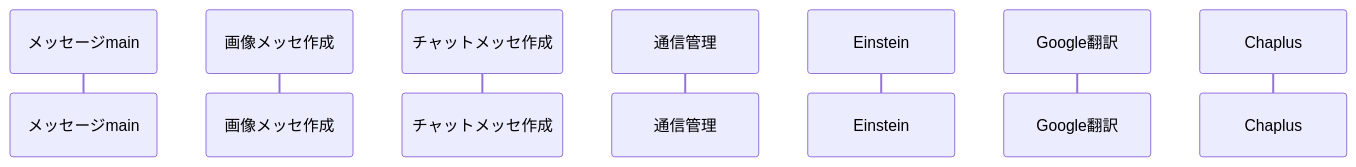
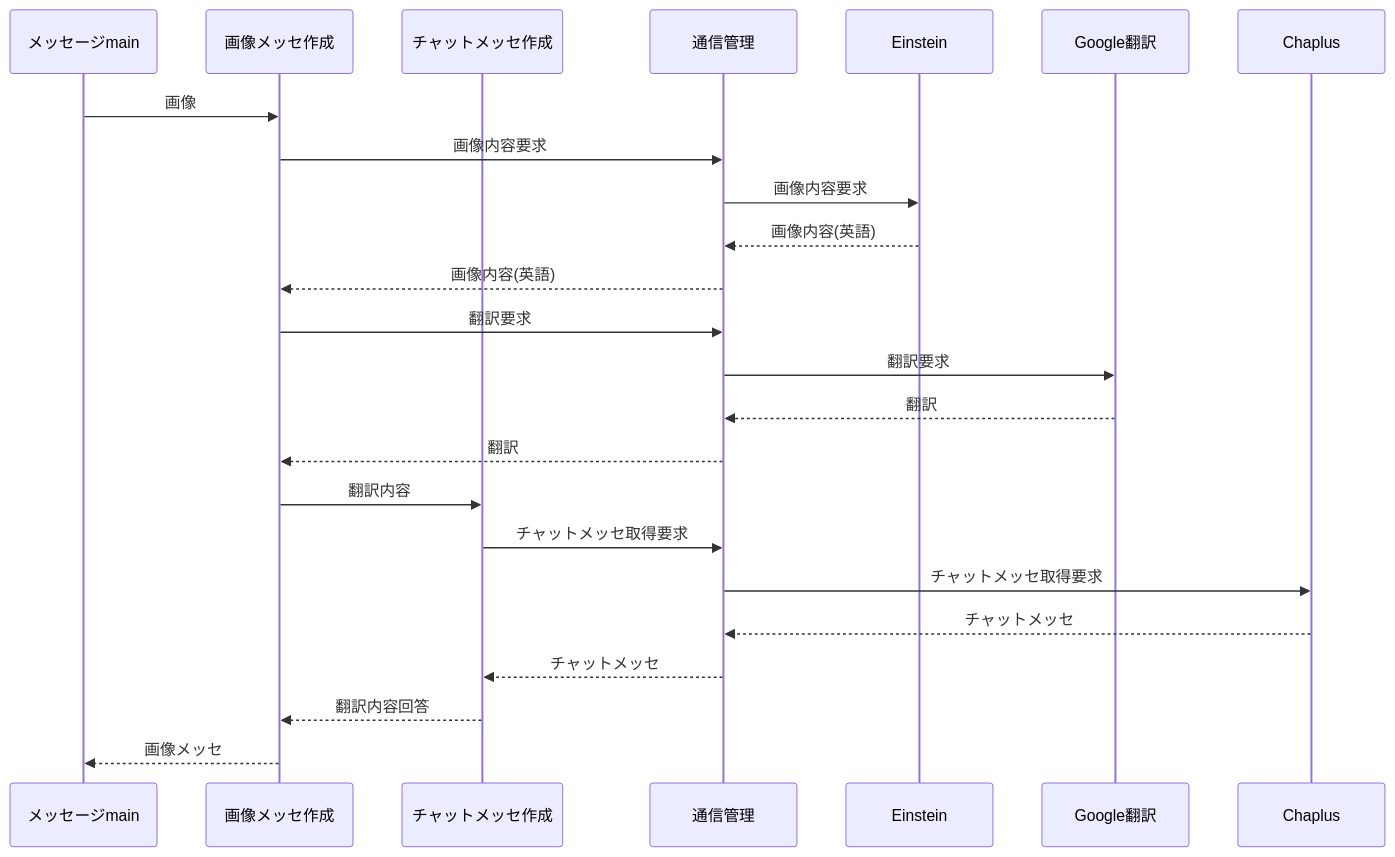
Before and after one commit to ryoono/girlfriend_bot: the fourth of 4 diagrams in InternalDesign/README.md, drawn with Mermaid. The commit also changed other lines of this file, not shown here.

Commit message:
シーケンス図追加

````diff
--- a/InternalDesign/README.md
+++ b/InternalDesign/README.md
@@ -113,10 +140,27 @@
 ```mermaid
 sequenceDiagram
     participant message_main as メッセージmain
     participant image_message as 画像メッセ作成
     participant chat_message as チャットメッセ作成
     participant terminal_mng as 通信管理
     participant einstein_webAPI as Einstein
     participant translation_webAPI as Google翻訳
     participant chaplus_webAPI as Chaplus
+
+    message_main ->> image_message: 画像
+    image_message ->> terminal_mng: 画像内容要求
+    terminal_mng ->> einstein_webAPI: 画像内容要求
+    einstein_webAPI -->> terminal_mng: 画像内容(英語)
+    terminal_mng -->> image_message: 画像内容(英語)
+    image_message ->> terminal_mng: 翻訳要求
+    terminal_mng ->> translation_webAPI: 翻訳要求
+    translation_webAPI -->> terminal_mng: 翻訳
+    terminal_mng -->> image_message: 翻訳
+    image_message ->> chat_message: 翻訳内容
+    chat_message ->> terminal_mng: チャットメッセ取得要求
+    terminal_mng ->> chaplus_webAPI: チャットメッセ取得要求
+    chaplus_webAPI -->> terminal_mng : チャットメッセ
+    terminal_mng -->> chat_message: チャットメッセ
+    chat_message -->> image_message: 翻訳内容回答
+    image_message -->> message_main: 画像メッセ
 ```
````
